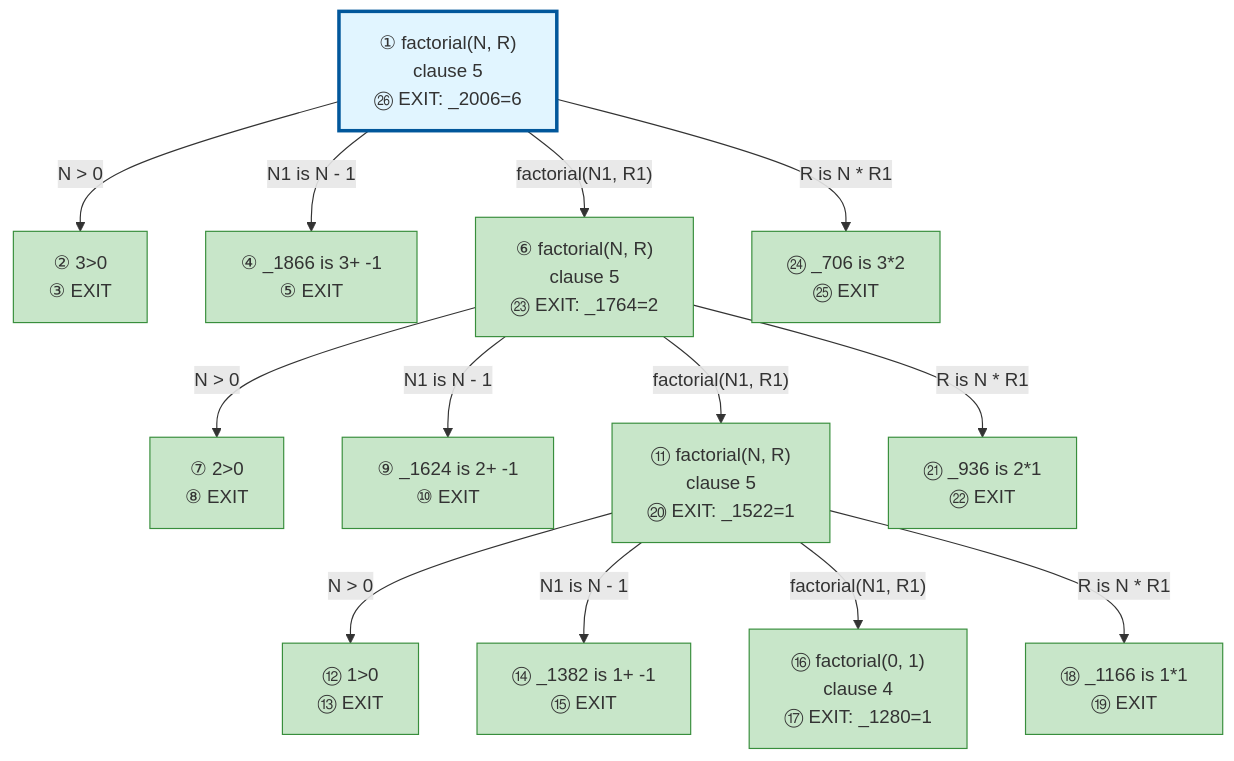
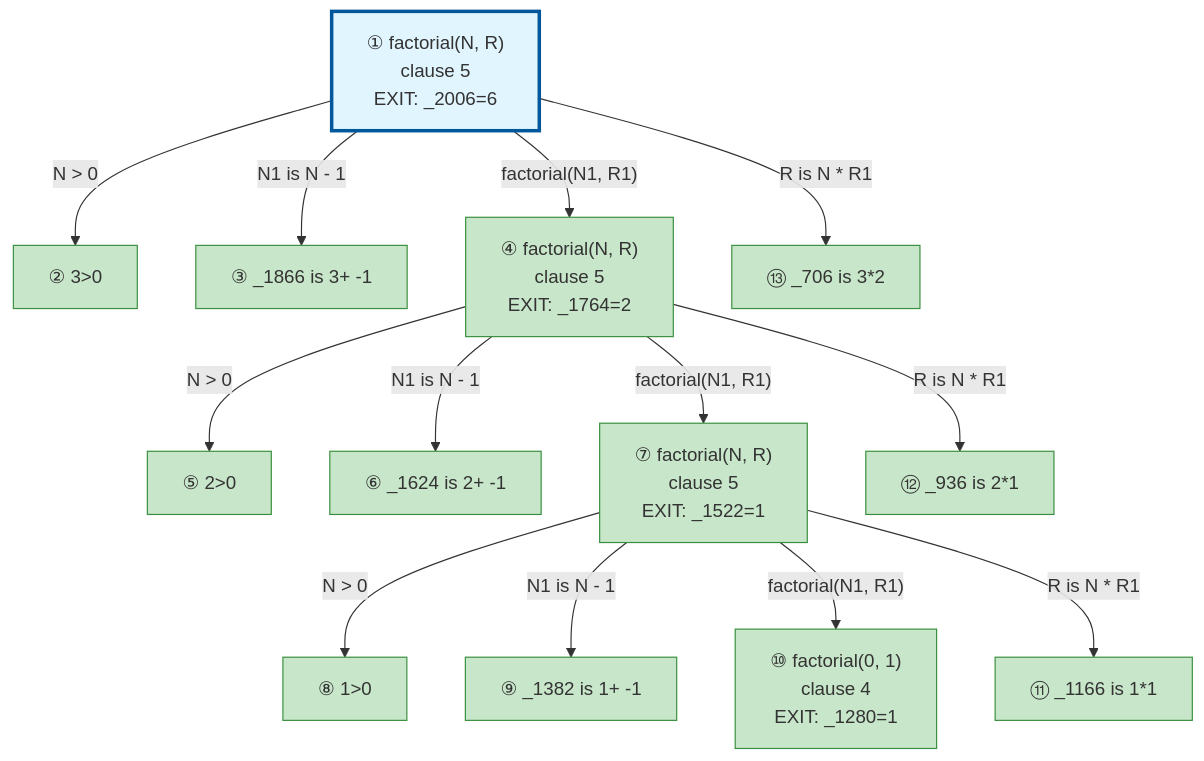
The diagram in examples/factorial-output.md (jarecsni/prolog-trace-viz), drawn with Mermaid before and after one commit. The commit also changed other lines of this file and 17 other files, not shown here.

First line of the commit message:
🐛 fix: timeline merging for recursive predicates

````diff
--- a/examples/factorial-output.md
+++ b/examples/factorial-output.md
@@ -46,47 +106,47 @@
 ```mermaid
 graph TD
 
 %% Nodes
-A["① factorial(N, R)<br/>clause 5<br/>㉖ EXIT: _2006=6"]
-B["② 3>0<br/>③ EXIT"]
-C["④ _1866 is 3+ -1<br/>⑤ EXIT"]
-D["⑥ factorial(N, R)<br/>clause 5<br/>㉓ EXIT: _1764=2"]
-E["⑦ 2>0<br/>⑧ EXIT"]
-F["⑨ _1624 is 2+ -1<br/>⑩ EXIT"]
-G["⑪ factorial(N, R)<br/>clause 5<br/>⑳ EXIT: _1522=1"]
-H["⑫ 1>0<br/>⑬ EXIT"]
-I["⑭ _1382 is 1+ -1<br/>⑮ EXIT"]
-J["⑯ factorial(0, 1)<br/>clause 4<br/>⑰ EXIT: _1280=1"]
-K["⑱ _1166 is 1*1<br/>⑲ EXIT"]
-L["㉑ _936 is 2*1<br/>㉒ EXIT"]
-M["㉔ _706 is 3*2<br/>㉕ EXIT"]
+A["① factorial(N, R)<br/>clause 5<br/>EXIT: _2006=6"]
+B["② 3>0"]
+C["③ _1866 is 3+ -1"]
+D["④ factorial(N, R)<br/>clause 5<br/>EXIT: _1764=2"]
+E["⑤ 2>0"]
+F["⑥ _1624 is 2+ -1"]
+G["⑦ factorial(N, R)<br/>clause 5<br/>EXIT: _1522=1"]
+H["⑧ 1>0"]
+I["⑨ _1382 is 1+ -1"]
+J["⑩ factorial(0, 1)<br/>clause 4<br/>EXIT: _1280=1"]
+K["⑪ _1166 is 1*1"]
+L["⑫ _936 is 2*1"]
+M["⑬ _706 is 3*2"]
 
 %% Edges
 A -->|"N > 0"| B
 A -->|"N1 is N - 1"| C
 A -->|"factorial(N1, R1)"| D
 D -->|"N > 0"| E
 D -->|"N1 is N - 1"| F
 D -->|"factorial(N1, R1)"| G
 G -->|"N > 0"| H
 G -->|"N1 is N - 1"| I
 G -->|"factorial(N1, R1)"| J
 G -->|"R is N * R1"| K
 D -->|"R is N * R1"| L
 A -->|"R is N * R1"| M
 
 %% Styles
 style A fill:#e1f5ff,stroke:#01579b,stroke-width:3px
 style B fill:#c8e6c9,stroke:#388e3c
 style C fill:#c8e6c9,stroke:#388e3c
 style D fill:#c8e6c9,stroke:#388e3c
 style E fill:#c8e6c9,stroke:#388e3c
 style F fill:#c8e6c9,stroke:#388e3c
 style G fill:#c8e6c9,stroke:#388e3c
 style H fill:#c8e6c9,stroke:#388e3c
 style I fill:#c8e6c9,stroke:#388e3c
 style J fill:#c8e6c9,stroke:#388e3c
 style K fill:#c8e6c9,stroke:#388e3c
 style L fill:#c8e6c9,stroke:#388e3c
 style M fill:#c8e6c9,stroke:#388e3c
 ```
````
